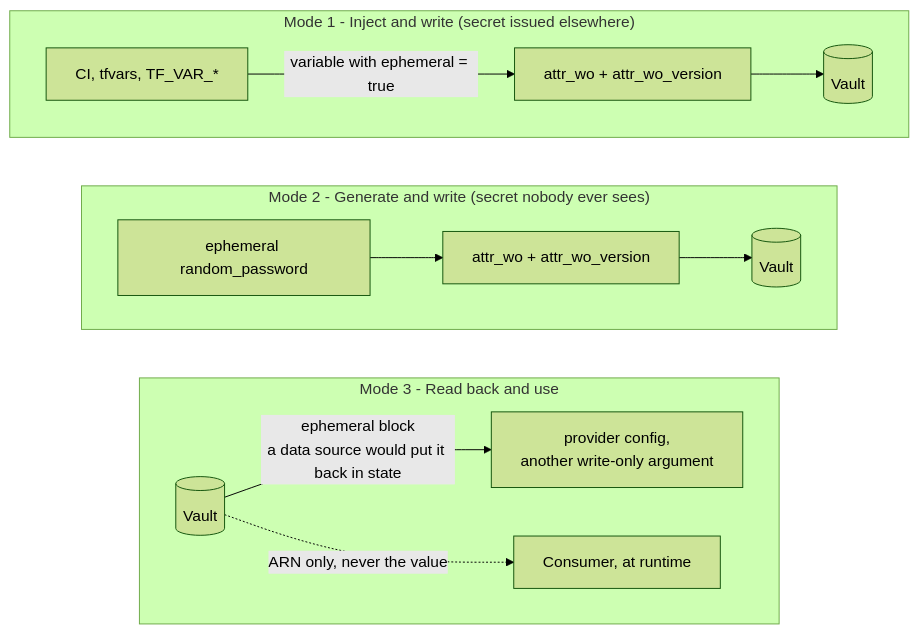
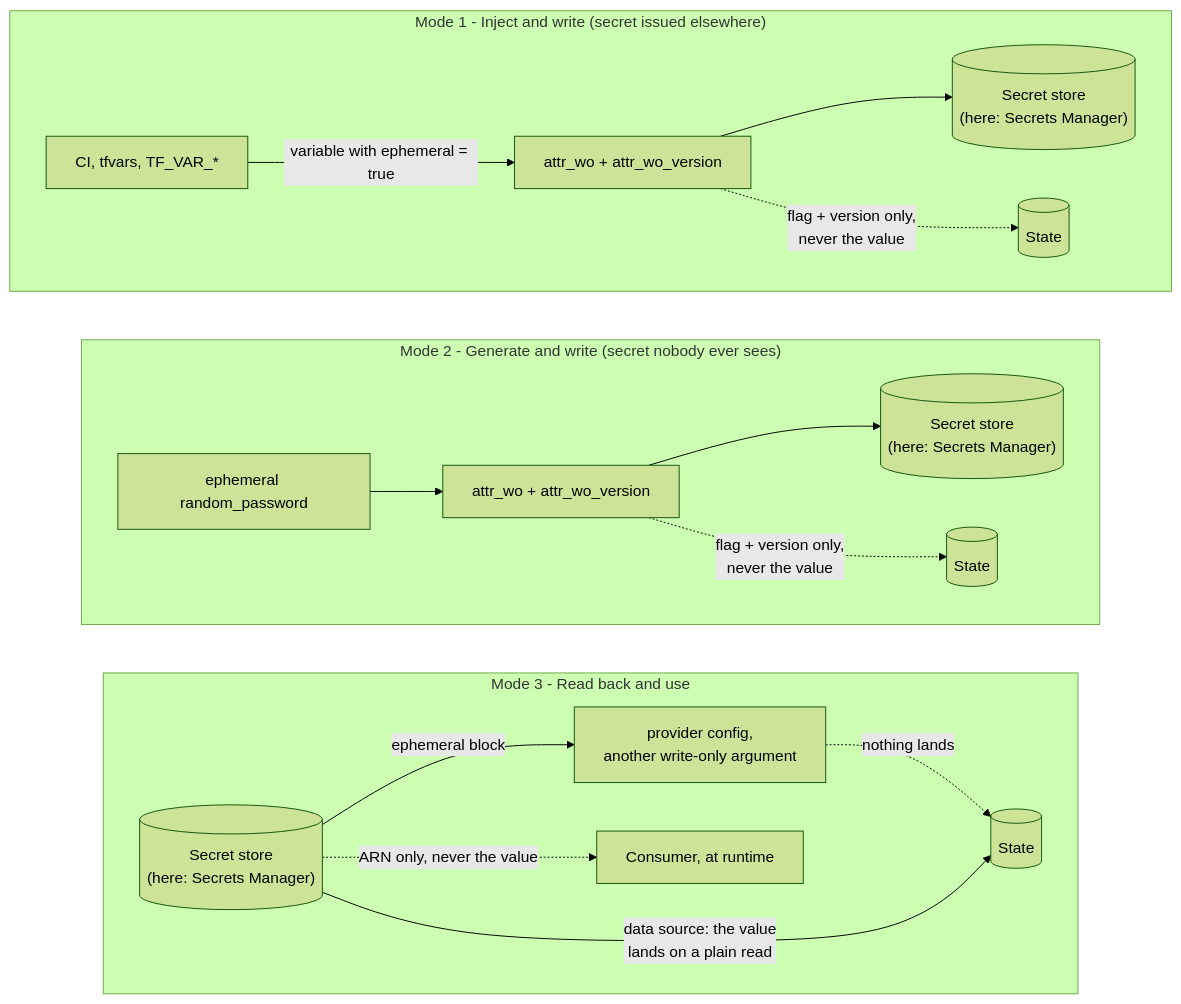
Before and after one commit to bgauduch/terraform-examples: the second of 2 diagrams in examples/terraform-secrets-out-of-state/README.md, drawn with Mermaid (forest theme). The commit also changed other lines of this file and 3 other files, not shown here.

````diff
--- a/examples/terraform-secrets-out-of-state/README.md
+++ b/examples/terraform-secrets-out-of-state/README.md
@@ -60,20 +60,24 @@
 ```mermaid
 flowchart TB
     subgraph M1["Mode 1 - Inject and write (secret issued elsewhere)"]
         direction LR
-        ci["CI, tfvars, TF_VAR_*"] -->|"variable with ephemeral = true"| wo1["attr_wo + attr_wo_version"] --> v1[("Vault")]
+        ci["CI, tfvars, TF_VAR_*"] -->|"variable with ephemeral = true"| wo1["attr_wo + attr_wo_version"] --> v1[("Secret store<br/>(here: Secrets Manager)")]
+        wo1 -.->|"flag + version only,<br/>never the value"| s1[("State")]
     end
 
     subgraph M2["Mode 2 - Generate and write (secret nobody ever sees)"]
         direction LR
-        gen["ephemeral random_password"] --> wo2["attr_wo + attr_wo_version"] --> v2[("Vault")]
+        gen["ephemeral random_password"] --> wo2["attr_wo + attr_wo_version"] --> v2[("Secret store<br/>(here: Secrets Manager)")]
+        wo2 -.->|"flag + version only,<br/>never the value"| s2[("State")]
     end
 
     subgraph M3["Mode 3 - Read back and use"]
         direction LR
-        v3[("Vault")] -->|"ephemeral block<br/>a data source would put it back in state"| dest["provider config,<br/>another write-only argument"]
+        v3[("Secret store<br/>(here: Secrets Manager)")] -->|"ephemeral block"| dest["provider config,<br/>another write-only argument"]
+        dest -.->|"nothing lands"| s3[("State")]
+        v3 -->|"data source: the value<br/>lands on a plain read"| s3
         v3 -.->|"ARN only, never the value"| app["Consumer, at runtime"]
     end
 
     M1 ~~~ M2 ~~~ M3
 ```
````
